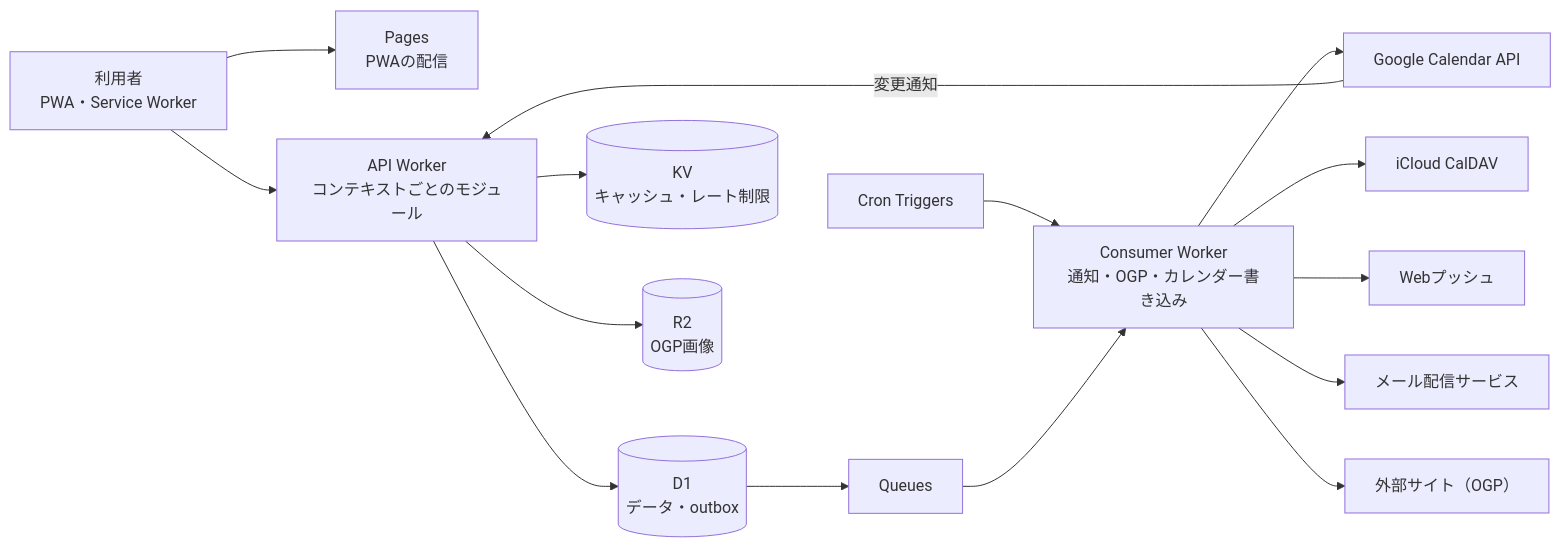
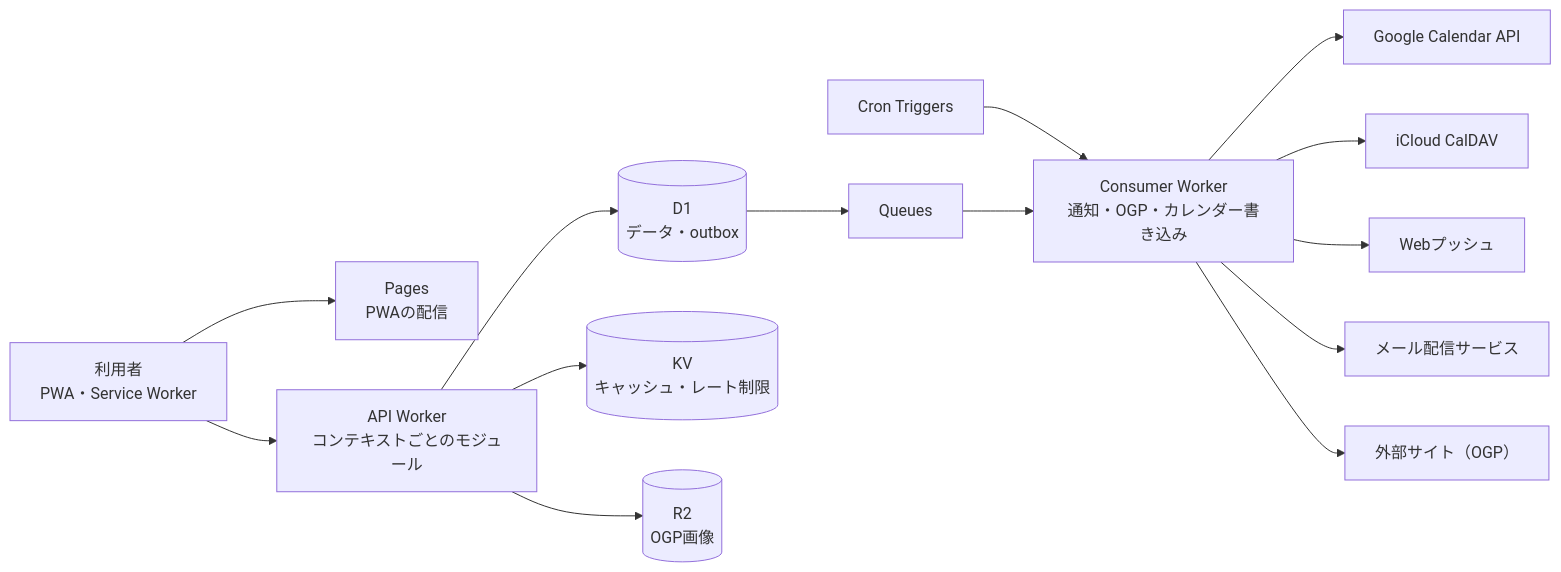
One commit to pryusei/kokohima-app changed the second of 2 diagrams in docs/requirements.md. Above: the diagram before and after it, drawn with Mermaid. The commit also changed other lines of this file and 10 other files, not shown here.

````diff
--- a/docs/requirements.md
+++ b/docs/requirements.md
@@ -104,17 +104,16 @@
 ```mermaid
 flowchart LR
   U["利用者<br/>PWA・Service Worker"] --> P["Pages<br/>PWAの配信"]
   U --> A["API Worker<br/>コンテキストごとのモジュール"]
   A --> D1[("D1<br/>データ・outbox")]
   A --> KV[("KV<br/>キャッシュ・レート制限")]
   A --> R2[("R2<br/>OGP画像")]
   D1 --> Q["Queues"]
   CR["Cron Triggers"] --> C["Consumer Worker<br/>通知・OGP・カレンダー書き込み"]
   Q --> C
   C --> G["Google Calendar API"]
   C --> I["iCloud CalDAV"]
   C --> WP["Webプッシュ"]
   C --> M["メール配信サービス"]
   C --> S["外部サイト（OGP）"]
-  G -- 変更通知 --> A
 ```
````
